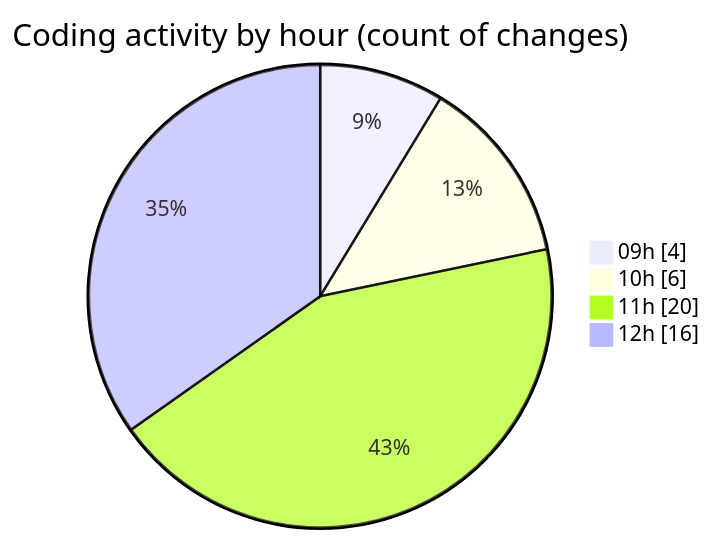
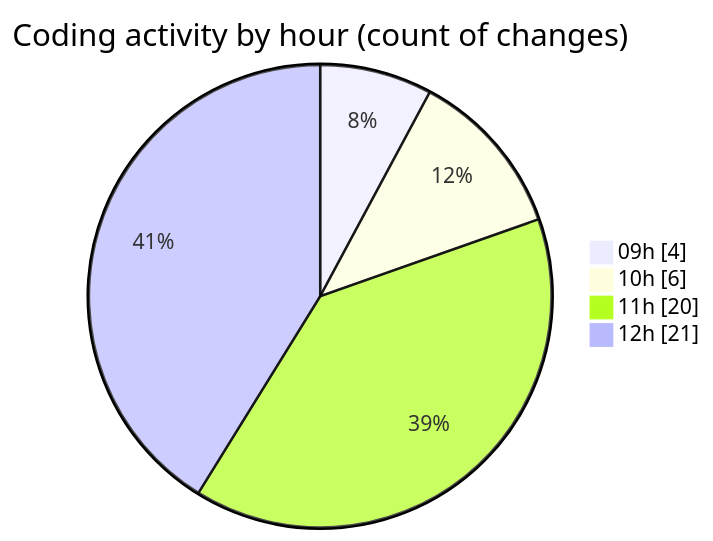
Before and after one commit to momahboobian/code-tracking: the second of 2 diagrams in 2025-05-29/cda/README.md, drawn with Mermaid. The commit also changed other lines of this file and 1 other file, not shown here.

````diff
--- a/2025-05-29/cda/README.md
+++ b/2025-05-29/cda/README.md
@@ -31,8 +31,8 @@
 ```mermaid
 pie showData
 title Coding activity by hour (count of changes)
 "09h" : 4
 "10h" : 6
 "11h" : 20
-"12h" : 16
+"12h" : 21
 ```
````
